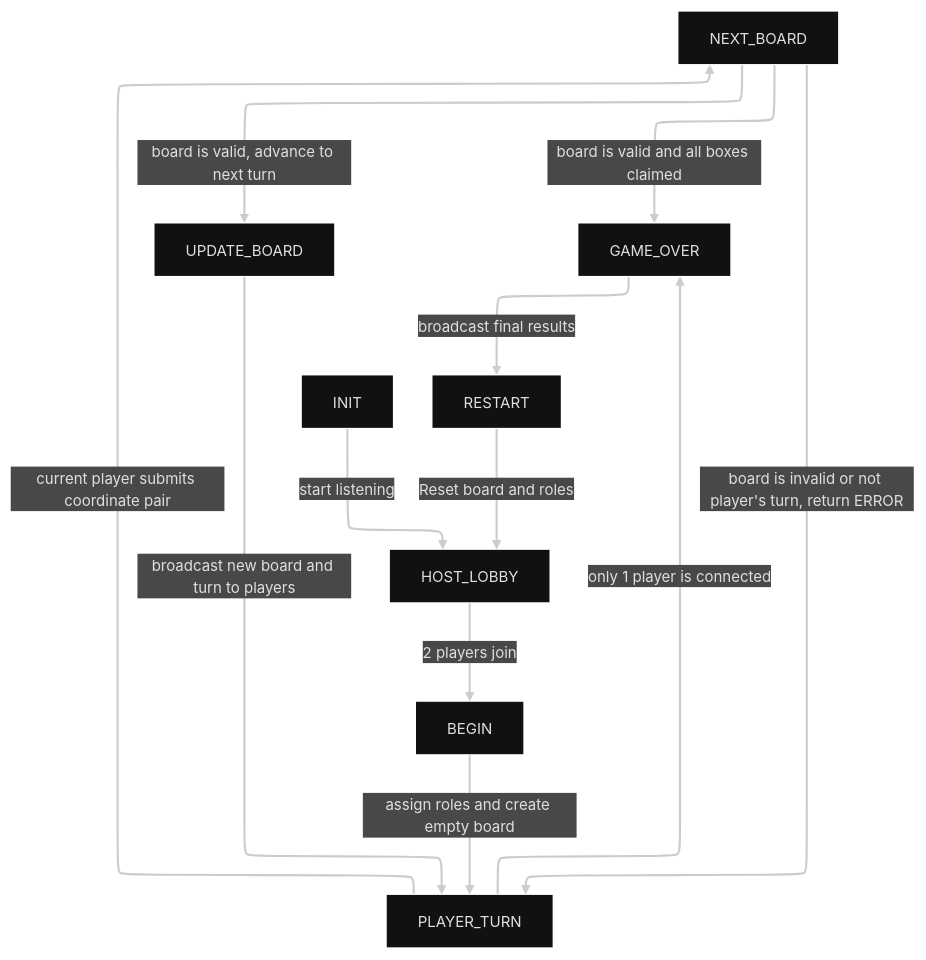
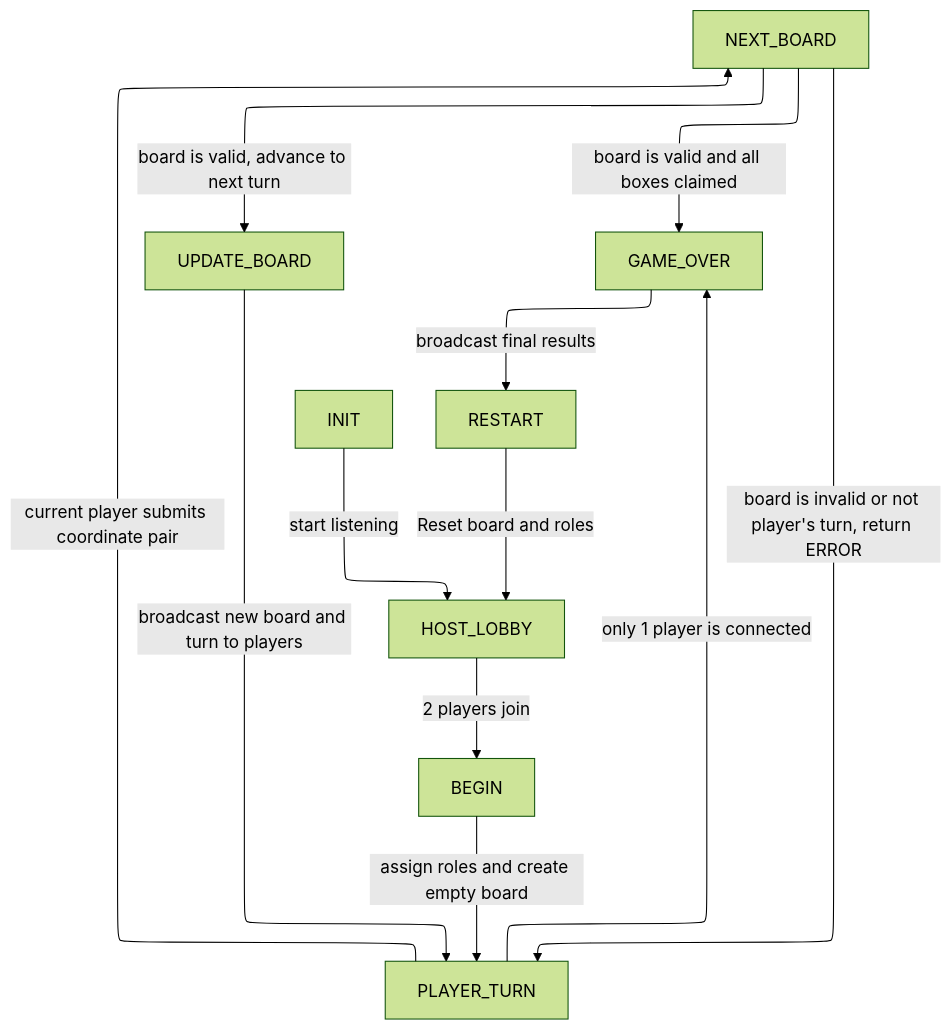
The diagram in fsm_specification.md (pinecakes/dnb457), drawn with Mermaid before and after one commit. The commit also changed other lines of this file and 1 other file, not shown here.

Commit message:
Markdown Format updates

````diff
--- a/fsm_specification.md
+++ b/fsm_specification.md
@@ -1,20 +1,20 @@
 ```mermaid
 ---
 config:
   look: classic
-  theme: redux-dark
+  theme: forest
   layout: elk
 ---
 flowchart TB
     A["INIT"] -- start listening --> B["HOST_LOBBY"]
     B -- 2 players join --> C["BEGIN"]
     C -- assign roles and create empty board --> D["PLAYER_TURN"]
     D -- current player submits coordinate pair --> E["NEXT_BOARD"]
     E -- board is valid, advance to next turn --> H["UPDATE_BOARD"]
     H -- broadcast new board and turn to players --> D
     E -- board is invalid or not player's turn, return ERROR --> D
     E -- board is valid and all boxes claimed --> F["GAME_OVER"]
     D -- only 1 player is connected --> F
     F -- broadcast final results --> G["RESTART"]
     G -- Reset board and roles --> B
 ```
````
